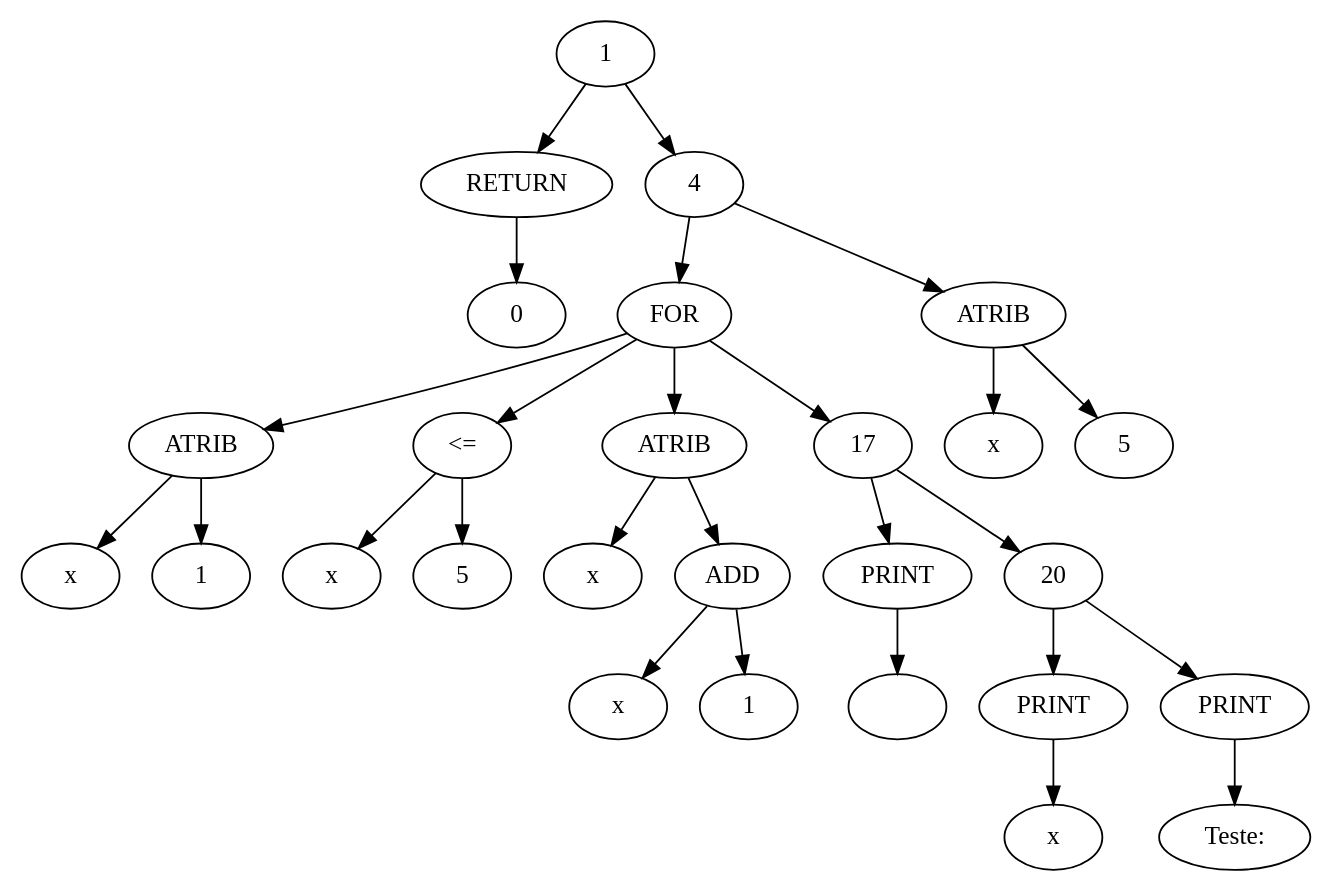
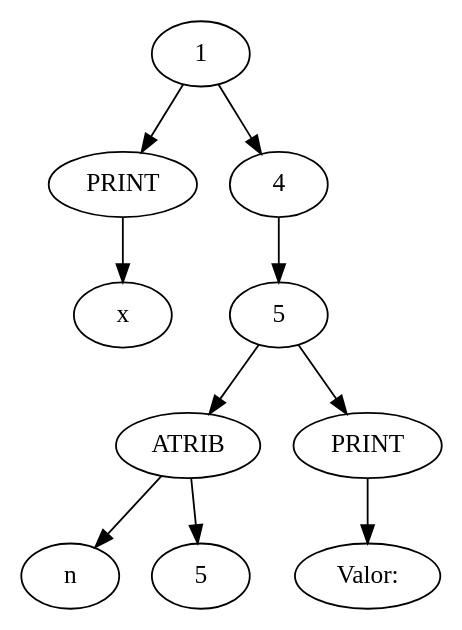
Before and after one commit to Kanchii/COM: the diagram in graph.dot, drawn with Graphviz. The commit also changed 13 other files, not shown here.

```diff
--- a/graph.dot
+++ b/graph.dot
@@ -1,51 +1,18 @@
 digraph G {
-	2 [label = "RETURN"];
-	3 [label = "0"];
-	5 [label = "FOR"];
+	2 [label = "PRINT"];
+	3 [label = "x"];
 	6 [label = "ATRIB"];
-	7 [label = "x"];
-	8 [label = "1"];
-	9 [label = "<="];
-	10 [label = "x"];
-	11 [label = "5"];
-	12 [label = "ATRIB"];
-	13 [label = "x"];
-	14 [label = "ADD"];
-	15 [label = "x"];
-	16 [label = "1"];
-	18 [label = "PRINT"];
-	19 [label = "\n"];
-	21 [label = "PRINT"];
-	22 [label = "x"];
-	23 [label = "PRINT"];
-	24 [label = "Teste: "];
-	25 [label = "ATRIB"];
-	26 [label = "x"];
-	27 [label = "5"];
+	7 [label = "n"];
+	8 [label = "5"];
+	9 [label = "PRINT"];
+	10 [label = "Valor: "];
 	1 -> 2;
 	2 -> 3;
 	1 -> 4;
 	4 -> 5;
 	5 -> 6;
 	6 -> 7;
 	6 -> 8;
 	5 -> 9;
 	9 -> 10;
-	9 -> 11;
-	5 -> 12;
-	12 -> 13;
-	12 -> 14;
-	14 -> 15;
-	14 -> 16;
-	5 -> 17;
-	17 -> 18;
-	18 -> 19;
-	17 -> 20;
-	20 -> 21;
-	21 -> 22;
-	20 -> 23;
-	23 -> 24;
-	4 -> 25;
-	25 -> 26;
-	25 -> 27;
 }
```
